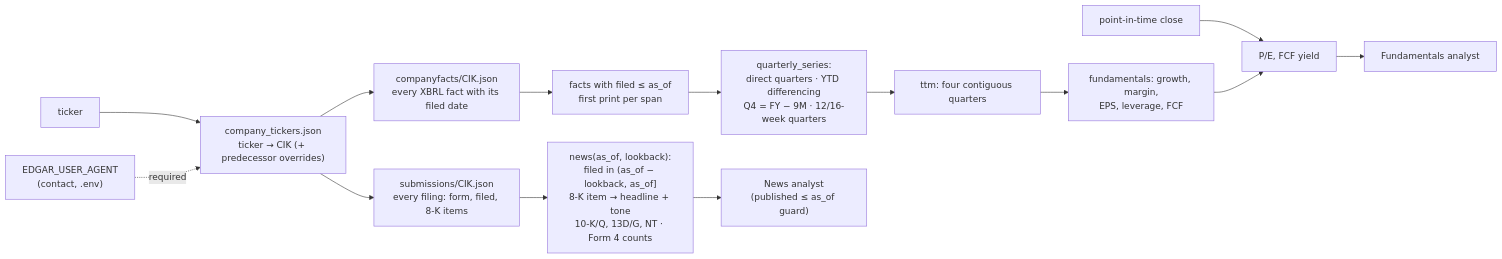
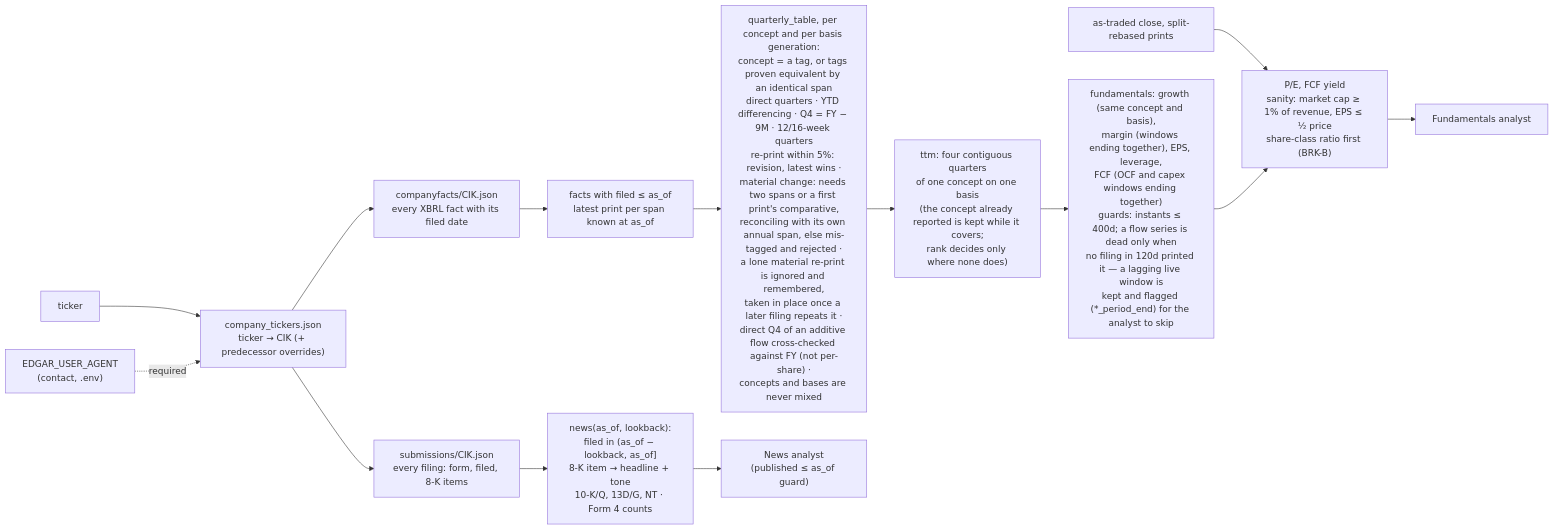
Before and after one commit to AshJha0/agentic-trader: diagram 28 of 30 in docs/DIAGRAMS.md, drawn with Mermaid. The commit also changed other lines of this file and 112 other files, not shown here.

````diff
--- a/docs/DIAGRAMS.md
+++ b/docs/DIAGRAMS.md
@@ -773,16 +799,16 @@
 ```mermaid
 flowchart LR
     T["ticker"] --> CIK["company_tickers.json<br/>ticker → CIK (+ predecessor overrides)"]
     CIK --> SUB["submissions/CIK.json<br/>every filing: form, filed, 8-K items"]
     CIK --> FACTS["companyfacts/CIK.json<br/>every XBRL fact with its filed date"]
     SUB --> NEWS["news(as_of, lookback):<br/>filed in (as_of − lookback, as_of]<br/>8-K item → headline + tone<br/>10-K/Q, 13D/G, NT · Form 4 counts"]
-    FACTS --> KNOWN["facts with filed ≤ as_of<br/>first print per span"]
-    KNOWN --> Q["quarterly_series:<br/>direct quarters · YTD differencing<br/>Q4 = FY − 9M · 12/16-week quarters"]
-    Q --> TTM["ttm: four contiguous quarters"]
-    TTM --> F["fundamentals: growth, margin,<br/>EPS, leverage, FCF"]
-    PX["point-in-time close"] --> F2["P/E, FCF yield"]
+    FACTS --> KNOWN["facts with filed ≤ as_of<br/>latest print per span known at as_of"]
+    KNOWN --> Q["quarterly_table, per concept and per basis generation:<br/>concept = a tag, or tags proven equivalent by an identical span<br/>direct quarters · YTD differencing · Q4 = FY − 9M · 12/16-week quarters<br/>re-print within 5%: revision, latest wins ·<br/>material change: needs two spans or a first print's comparative,<br/>reconciling with its own annual span, else mis-tagged and rejected ·<br/>a lone material re-print is ignored and remembered,<br/>taken in place once a later filing repeats it ·<br/>direct Q4 of an additive flow cross-checked against FY (not per-share) ·<br/>concepts and bases are never mixed"]
+    Q --> TTM["ttm: four contiguous quarters<br/>of one concept on one basis<br/>(the concept already reported is kept while it covers;<br/>rank decides only where none does)"]
+    TTM --> F["fundamentals: growth (same concept and basis),<br/>margin (windows ending together), EPS, leverage,<br/>FCF (OCF and capex windows ending together)<br/>guards: instants ≤ 400d; a flow series is dead only when<br/>no filing in 120d printed it — a lagging live window is<br/>kept and flagged (*_period_end) for the analyst to skip"]
+    PX["as-traded close, split-rebased prints"] --> F2["P/E, FCF yield<br/>sanity: market cap ≥ 1% of revenue, EPS ≤ ½ price<br/>share-class ratio first (BRK-B)"]
     F --> F2
     F2 --> FA["Fundamentals analyst"]
     NEWS --> NA["News analyst<br/>(published ≤ as_of guard)"]
     UA["EDGAR_USER_AGENT<br/>(contact, .env)"] -.required.-> CIK
 ```
````
